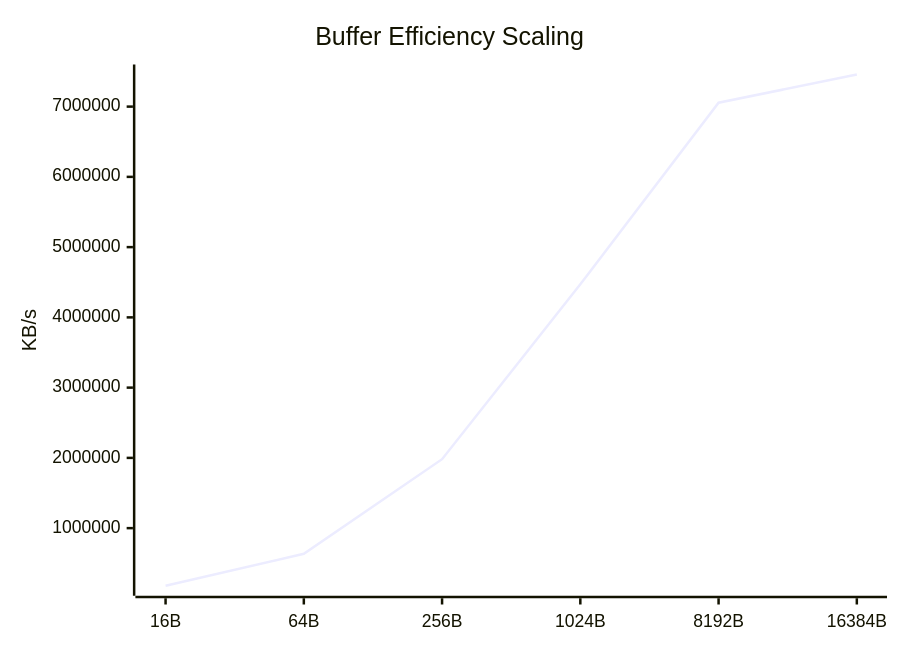
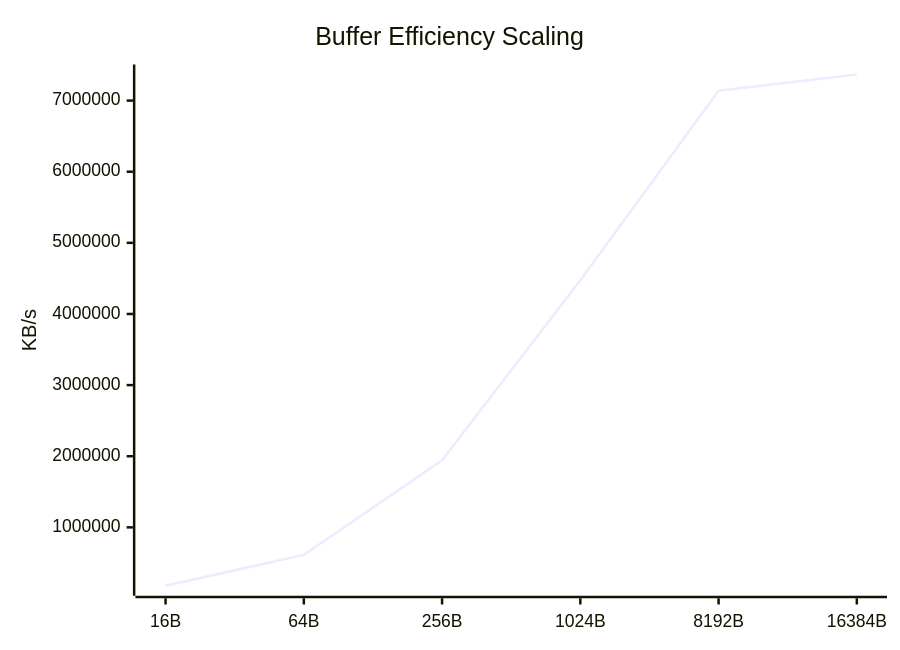
The seventh of 9 diagrams in docs/Comparison_Report.md (taha2samy/openssl_fips), drawn with Mermaid before and after one commit. The commit also changed other lines of this file and 2 other files, not shown here.

````diff
--- a/docs/Comparison_Report.md
+++ b/docs/Comparison_Report.md
@@ -110,7 +110,7 @@
 ```mermaid
 xychart-beta
     title "Buffer Efficiency Scaling"
     x-axis [16B, 64B, 256B, 1024B, 8192B, 16384B]
     y-axis "KB/s"
-    line [179906.46, 634277.79, 1981621.63, 4470268.42, 7055646.72, 7457103.87]
+    line [179045.94, 612405.7, 1944032.13, 4472564.22, 7138095.1, 7366623.23]
 ```
````
